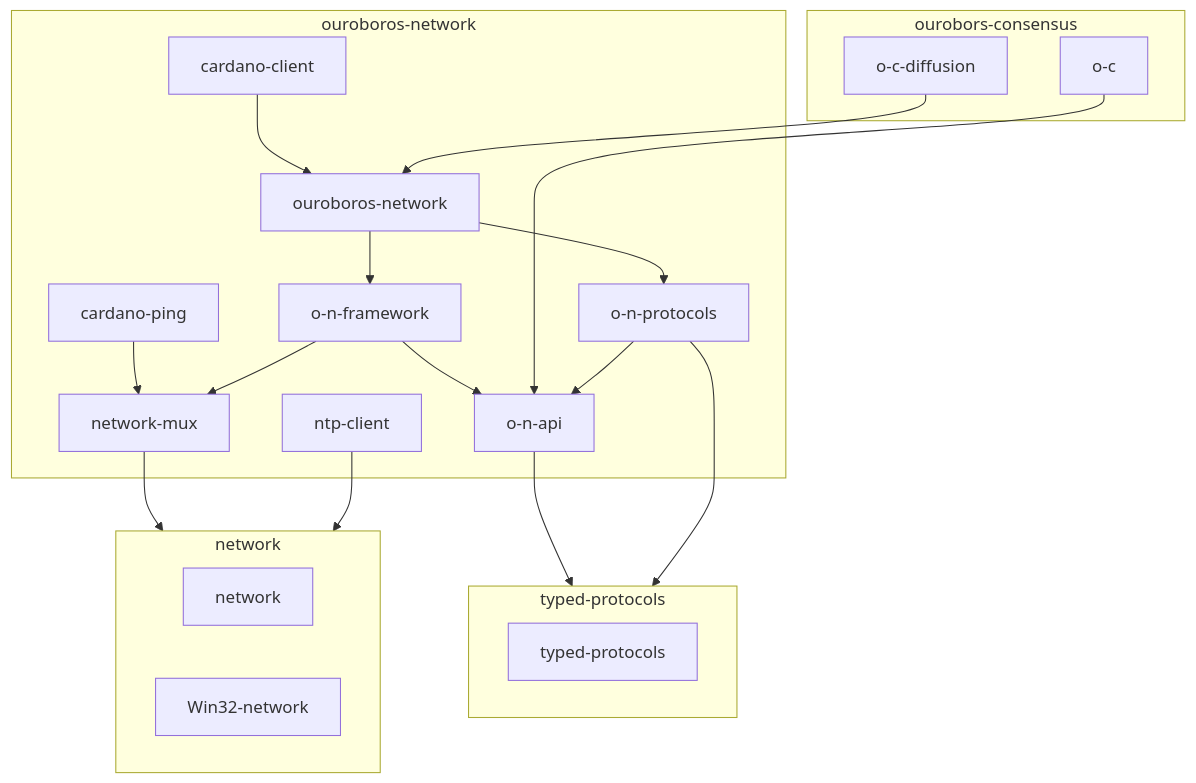
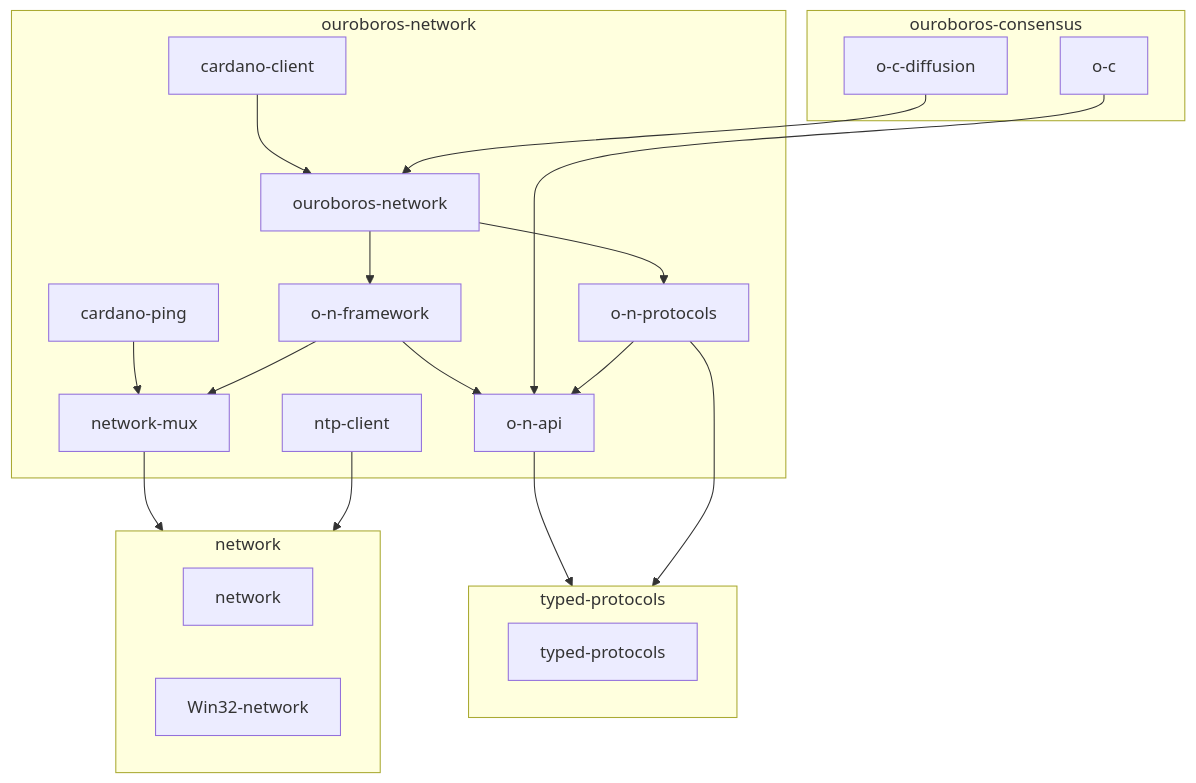
Before and after one commit to IntersectMBO/ouroboros-network: the diagram in README.md, drawn with Mermaid. The commit also changed other lines of this file and 12 other files, not shown here.

````diff
--- a/README.md
+++ b/README.md
@@ -19,51 +19,51 @@
 ```mermaid
 flowchart TB
-  subgraph ourobors-consensus
+  subgraph ouroboros-consensus
     I[o-c-diffusion]
     L[o-c]
     click I "https://github.com/intersectmbo/ouroboros-consensus/" _blank
     click L "https://github.com/intersectmbo/ouroboros-consensus/" _blank
   end
 
   subgraph ouroboros-network
     M[cardano-ping]      --> A[network-mux]
     D[o-n-framework]     --> A
     D                    --> E[o-n-api]
     F[ouroboros-network] --> D
     F                    --> G[o-n-protocols]
     J[cardano-client]    --> F
     I                    --> F
     L                    --> E
     G                    --> E
     K[ntp-client]
 
     click A "https://ouroboros-network.cardano.intersectmbo.org/network-mux/" _blank
     click M "https://ouroboros-network.cardano.intersectmbo.org/cardano-ping/" _blank
     click D "https://ouroboros-network.cardano.intersectmbo.org/ouroboros-network-framework/" _blank
     click E "https://ouroboros-network.cardano.intersectmbo.org/ouroboros-network-api/" _blank
     click F "https://ouroboros-network.cardano.intersectmbo.org/ouroboros-network/" _blank
     click G "https://ouroboros-network.cardano.intersectmbo.org/ouroboros-network-protocols/" _blank
     click J "https://ouroboros-network.cardano.intersectmbo.org/cardano-client/" _blank
     click K "https://ouroboros-network.cardano.intersectmbo.org/ntp-client/" _blank
   end
 
   subgraph network
     B[network]     
     N[Win32-network]
 
     click B "https://hackage.haskell.org/package/network" _blank
     click N "https://input-output-hk.github.io/typed-protocols" _blank
   end
 
   subgraph typed-protocols
     H[typed-protocols]
 
     click H "https://github.com/input-output-hk/typed-protocols/" _blank
   end
 
   A --> network
   K --> network
 
   E --> typed-protocols
   G --> typed-protocols
 ```
````
